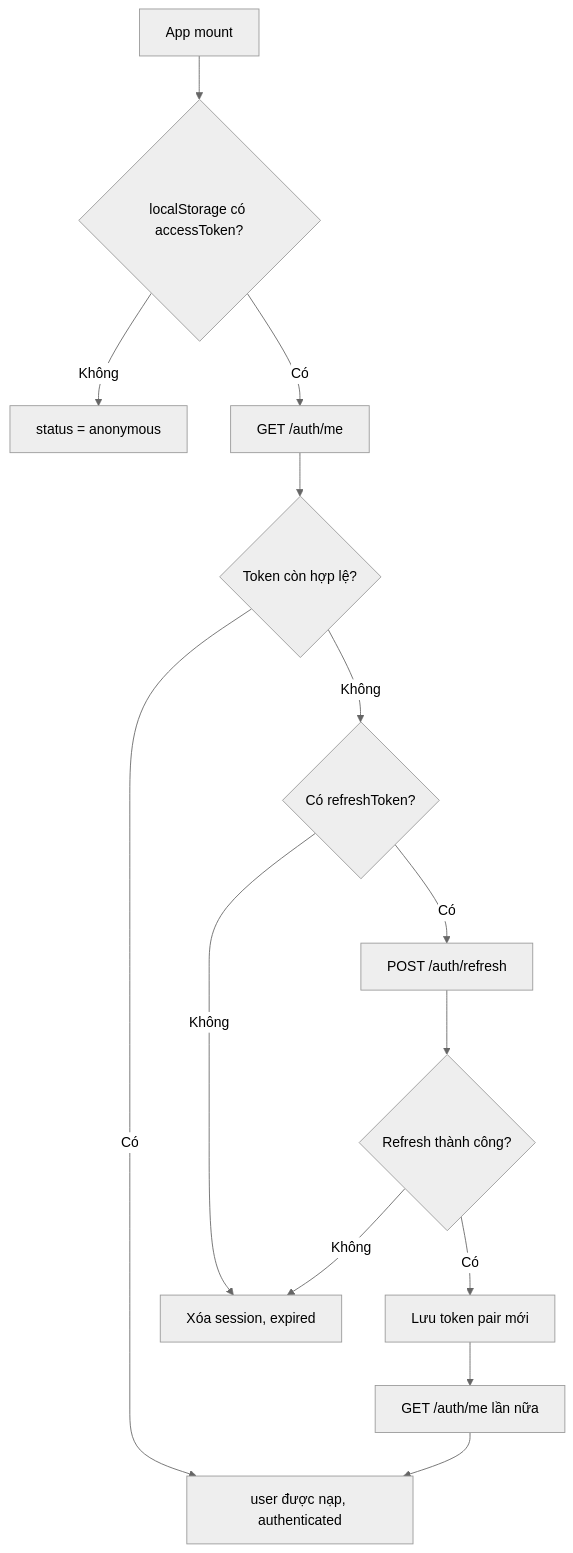
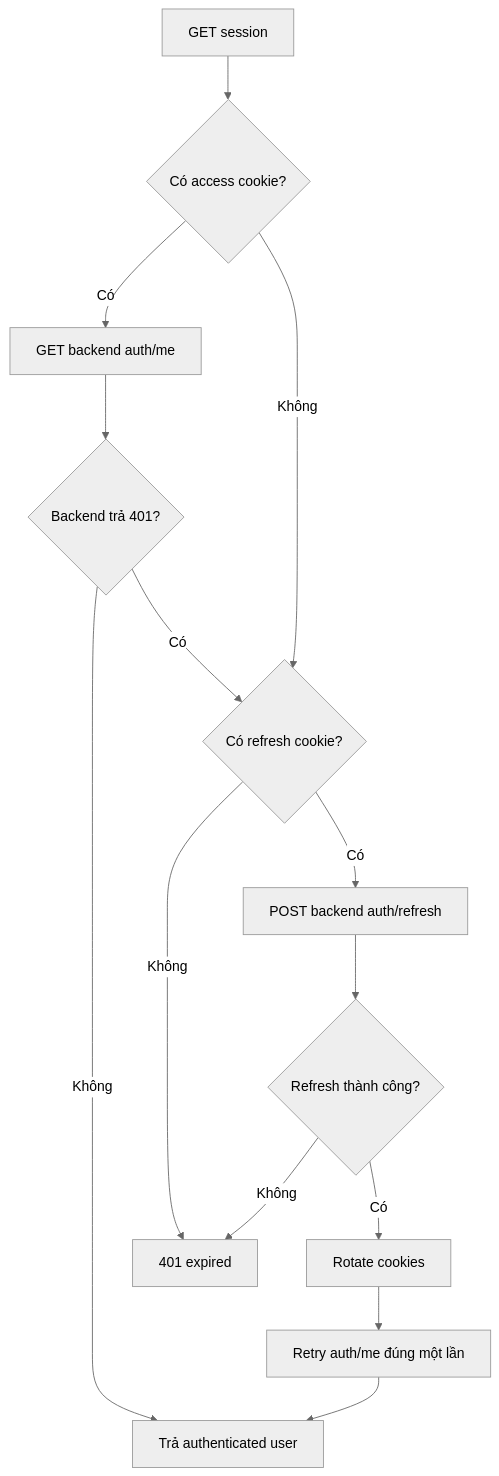
One commit to Scilab-alpha/Scilab changed the third of 3 diagrams in apps/web/docs/feature-based-architecture-and-auth.md. Above: the diagram before and after it, drawn with Mermaid (neutral theme). The commit also changed other lines of this file and 50 other files, not shown here.

````diff
--- a/apps/web/docs/feature-based-architecture-and-auth.md
+++ b/apps/web/docs/feature-based-architecture-and-auth.md
@@ -261,16 +186,16 @@
 ```mermaid
 flowchart TD
-    A[App mount] --> B{localStorage có accessToken?}
-    B -- Không --> C[status = anonymous]
-    B -- Có --> D[GET /auth/me]
-    D --> E{Token còn hợp lệ?}
-    E -- Có --> F[user được nạp, authenticated]
-    E -- Không --> G{Có refreshToken?}
-    G -- Không --> H[Xóa session, expired]
-    G -- Có --> I[POST /auth/refresh]
-    I --> J{Refresh thành công?}
-    J -- Không --> H
-    J -- Có --> K[Lưu token pair mới]
-    K --> L[GET /auth/me lần nữa]
-    L --> F
+    A[GET session] --> B{Có access cookie?}
+    B -- Có --> C[GET backend auth/me]
+    B -- Không --> D{Có refresh cookie?}
+    C --> E{Backend trả 401?}
+    E -- Không --> F[Trả authenticated user]
+    E -- Có --> D
+    D -- Không --> G[401 expired]
+    D -- Có --> H[POST backend auth/refresh]
+    H --> I{Refresh thành công?}
+    I -- Không --> G
+    I -- Có --> J[Rotate cookies]
+    J --> K[Retry auth/me đúng một lần]
+    K --> F
 ```
````
